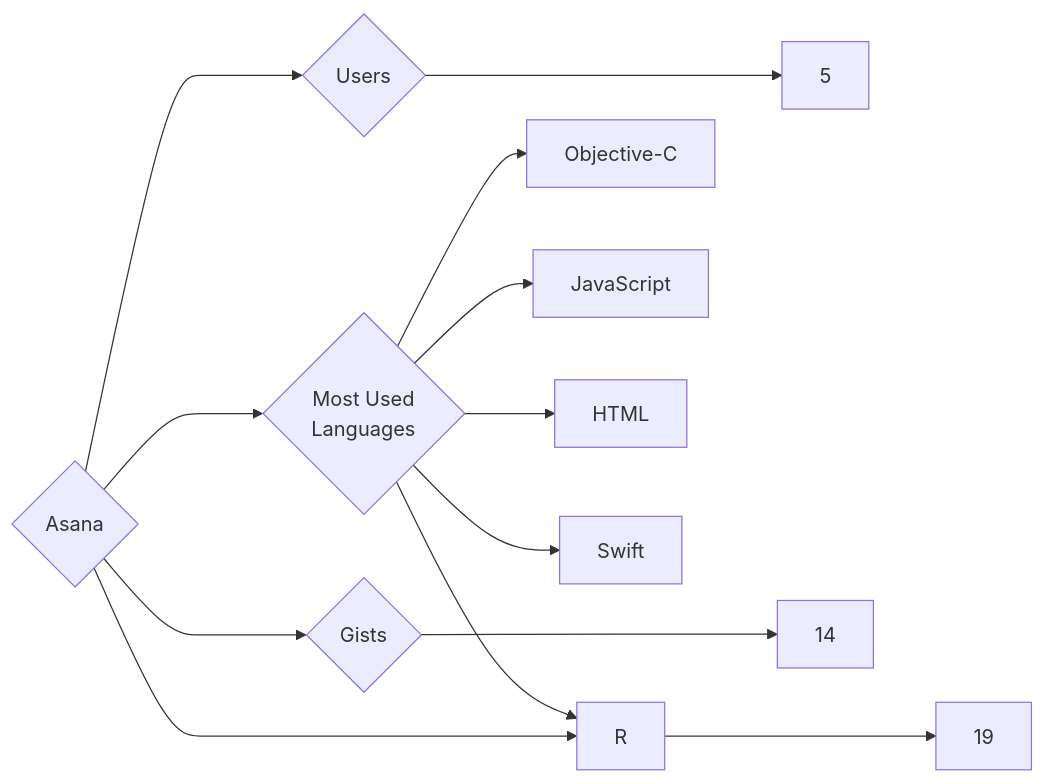
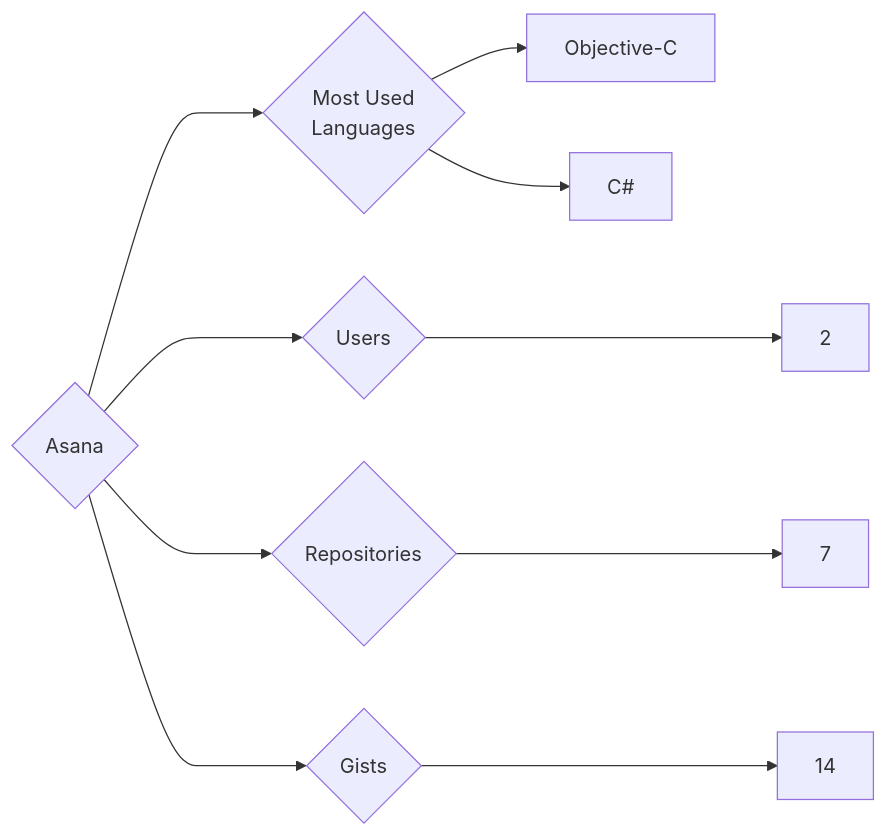
The diagram in targets/Asana/README.md (trickest/insiders), drawn with Mermaid before and after one commit. The commit also changed 815 other files, not shown here.

````diff
--- a/targets/Asana/README.md
+++ b/targets/Asana/README.md
@@ -3,13 +3,10 @@
 ```mermaid
 graph LR
 COMPANY_NAME{Asana}
-COMPANY_NAME ---> U{Users} ---> UN[5]
-COMPANY_NAME ---> R{Repositories} ---> RN[19]
+COMPANY_NAME ---> U{Users} ---> UN[2]
+COMPANY_NAME ---> R{Repositories} ---> RN[7]
 COMPANY_NAME ---> G{Gists} ---> GN[14]
 COMPANY_NAME ---> ML{Most Used<br>Languages}
 ML --> Objective-C[Objective-C]
-ML --> JavaScript[JavaScript]
-ML --> HTML[HTML]
-ML --> Swift[Swift]
-ML --> R[R]
+ML --> C#[C#]
 ```
````
